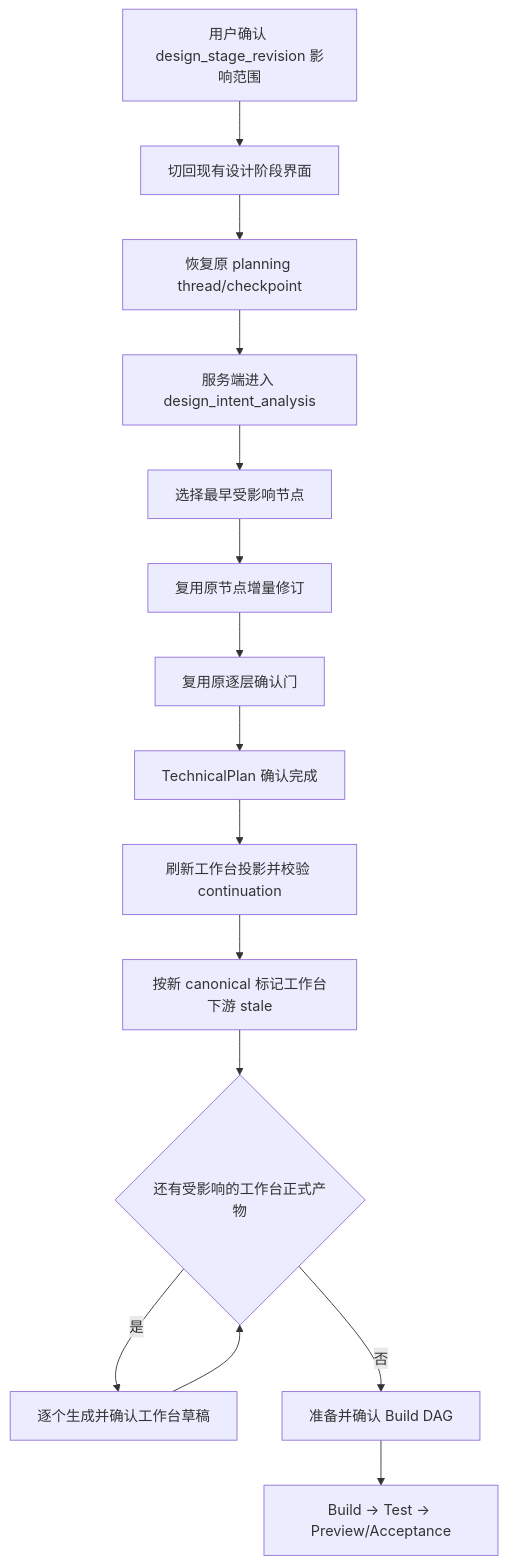
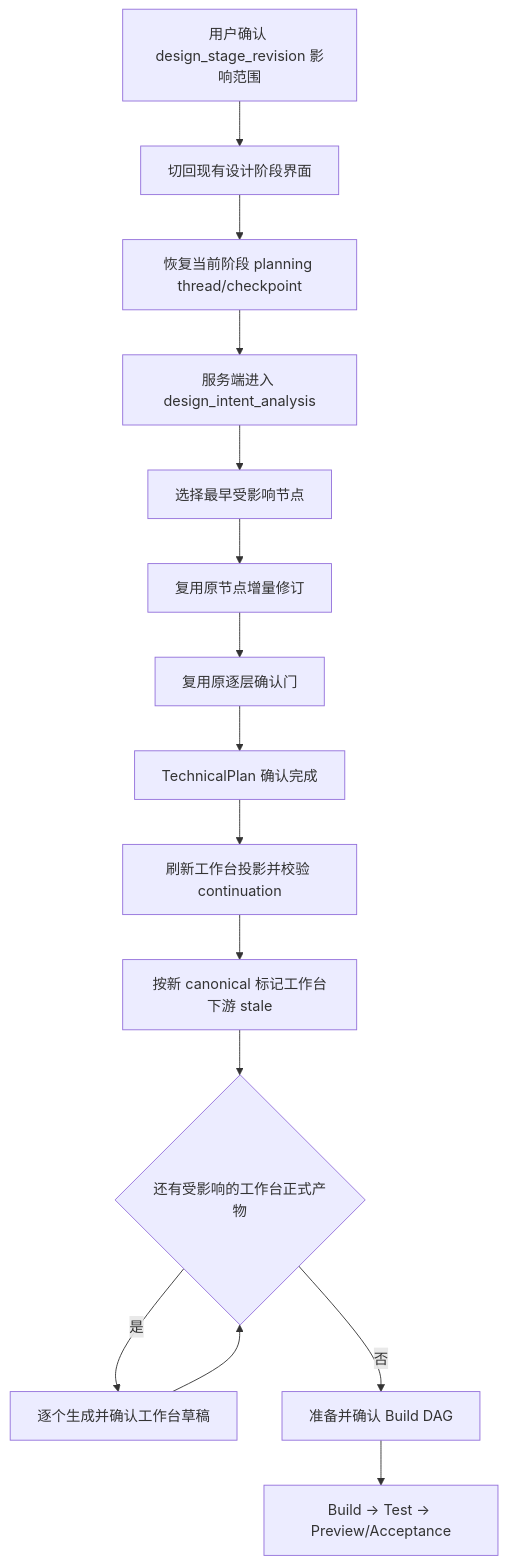
The third of 3 diagrams in docs/APPLICATION_REVISION_WORKFLOW.md (YYYWYF/XCodeAgent), drawn with Mermaid before and after one commit. The commit also changed other lines of this file and 94 other files, not shown here.

````diff
--- a/docs/APPLICATION_REVISION_WORKFLOW.md
+++ b/docs/APPLICATION_REVISION_WORKFLOW.md
@@ -372,17 +372,17 @@
 ```mermaid
 flowchart TD
     A["用户确认 design_stage_revision 影响范围"] --> B["切回现有设计阶段界面"]
-    B --> C["恢复原 planning thread/checkpoint"]
+    B --> C["恢复当前阶段 planning thread/checkpoint"]
     C --> D["服务端进入 design_intent_analysis"]
     D --> E["选择最早受影响节点"]
     E --> F["复用原节点增量修订"]
     F --> G["复用原逐层确认门"]
     G --> H["TechnicalPlan 确认完成"]
     H --> I["刷新工作台投影并校验 continuation"]
     I --> J["按新 canonical 标记工作台下游 stale"]
     J --> K{"还有受影响的工作台正式产物"}
     K -- 是 --> L["逐个生成并确认工作台草稿"]
     L --> K
     K -- 否 --> M["准备并确认 Build DAG"]
     M --> N["Build -> Test -> Preview/Acceptance"]
 ```
````
